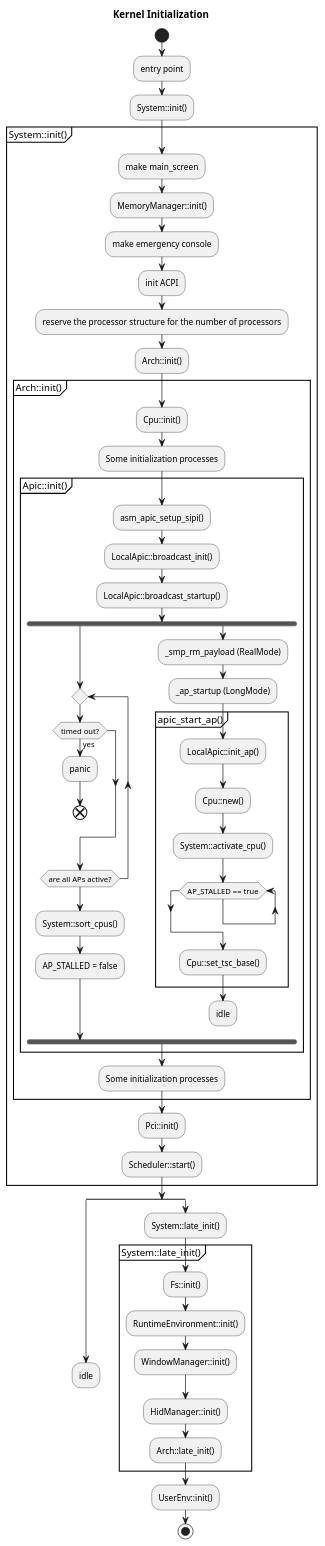
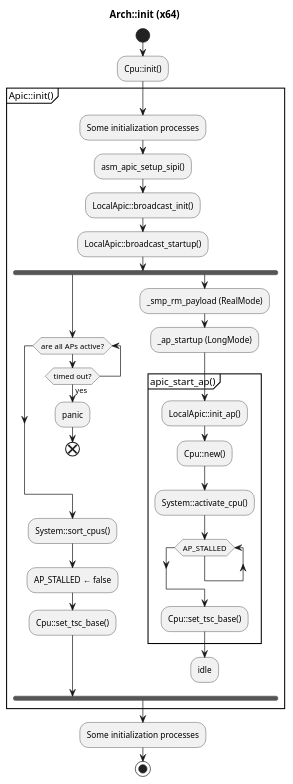
One commit to neri/maystorm changed the third of 3 diagrams in ARCHITECTURE.md. Above: the diagram before and after it, drawn with PlantUML.

````diff
--- a/ARCHITECTURE.md
+++ b/ARCHITECTURE.md
@@ -37,67 +72,39 @@
 ``` plantuml
 @startuml
-title Kernel Initialization
+title Arch::init (x64)
 start
-:entry point;
-:System::init();
-partition System::init() {
-    :make main_screen;
-    :MemoryManager::init();
-    :make emergency console;
-    :init ACPI;
-    :reserve the processor structure for the number of processors;
-    :Arch::init();
-    partition Arch::init() {
-        :Cpu::init();
-        :Some initialization processes;
-        partition Apic::init() {
-            :asm_apic_setup_sipi();
-            :LocalApic::broadcast_init();
-            :LocalApic::broadcast_startup();
-            fork
-                repeat
-                    if (timed out?) then (yes)
-                        :panic;
-                        end
-                    endif
-                repeatwhile (are all APs active?)
-                :System::sort_cpus();
-                :AP_STALLED = false;
-            fork again
-                :_smp_rm_payload (RealMode);
-                :_ap_startup (LongMode);
-                partition apic_start_ap() {
-                    :LocalApic::init_ap();
-                    :Cpu::new();
-                    :System::activate_cpu();
-                    while (AP_STALLED == true)
-                    endwhile
-                    :Cpu::set_tsc_base();
-                }
-                :idle;
-                detach
-            end fork
+:Cpu::init();
+partition Apic::init() {
+    :Some initialization processes;
+    :asm_apic_setup_sipi();
+    :LocalApic::broadcast_init();
+    :LocalApic::broadcast_startup();
+    fork
+        while (are all APs active?)
+            if (timed out?) then (yes)
+                :panic;
+                end
+            endif
+        endwhile
+        :System::sort_cpus();
+        :AP_STALLED ← false;
+        :Cpu::set_tsc_base();
+    fork again
+        :_smp_rm_payload (RealMode);
+        :_ap_startup (LongMode);
+        partition apic_start_ap() {
+            :LocalApic::init_ap();
+            :Cpu::new();
+            :System::activate_cpu();
+            while (AP_STALLED)
+            endwhile
+            :Cpu::set_tsc_base();
         }
-        :Some initialization processes;
-    }
-    :Pci::init();
-    :Scheduler::start();
+        :idle;
+        detach
+    end fork
 }
-split 
-    :idle;
-    detach
-split again
-    :System::late_init();
-    partition System::late_init() {
-        :Fs::init();
-        :RuntimeEnvironment::init();
-        :WindowManager::init();
-        :HidManager::init();
-        :Arch::late_init();
-    }
-    :UserEnv::init();
-    stop
-end split
-
+:Some initialization processes;
+stop
 @enduml
 ```
````
